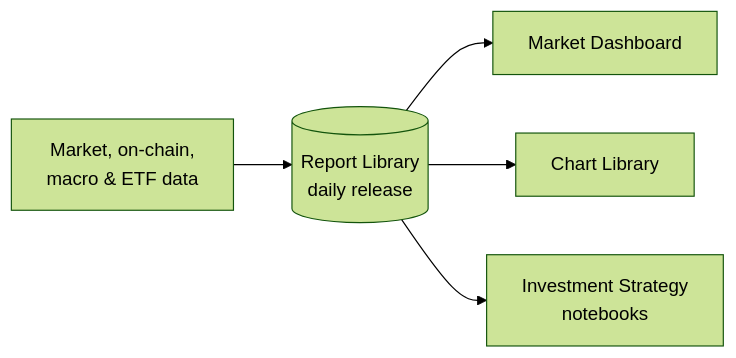
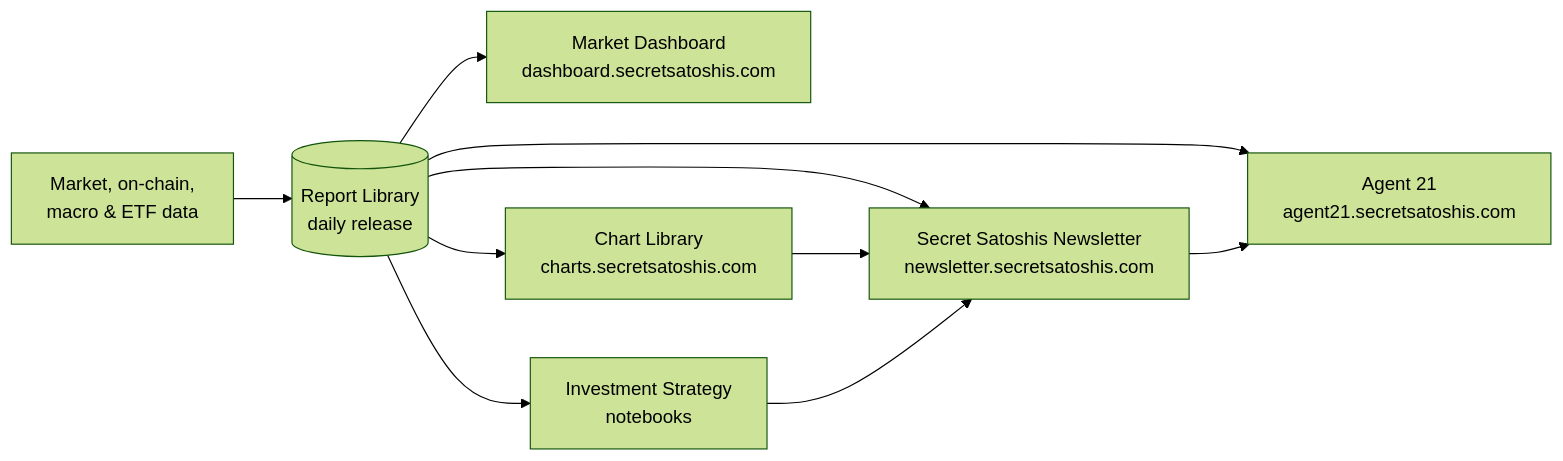
The diagram in profile/README.md (SecretSatoshis/.github), drawn with Mermaid (forest theme) before and after one commit. The commit also changed other lines of this file and 10 other files, not shown here.

````diff
--- a/profile/README.md
+++ b/profile/README.md
@@ -24,7 +25,12 @@
 ```mermaid
 flowchart LR
-    S["Market, on-chain,<br/>macro & ETF data"] --> R[("Report Library<br/>daily release")]
-    R --> D["Market Dashboard"]
-    R --> C["Chart Library"]
+    S["Market, on-chain,<br/>macro &amp; ETF data"] --> R[("Report Library<br/>daily release")]
+    R --> D["Market Dashboard<br/>dashboard.secretsatoshis.com"]
+    R --> C["Chart Library<br/>charts.secretsatoshis.com"]
     R --> I["Investment Strategy<br/>notebooks"]
+    R --> N["Secret Satoshis Newsletter<br/>newsletter.secretsatoshis.com"]
+    R --> A["Agent 21<br/>agent21.secretsatoshis.com"]
+    C --> N
+    I --> N
+    N --> A
 ```
````
